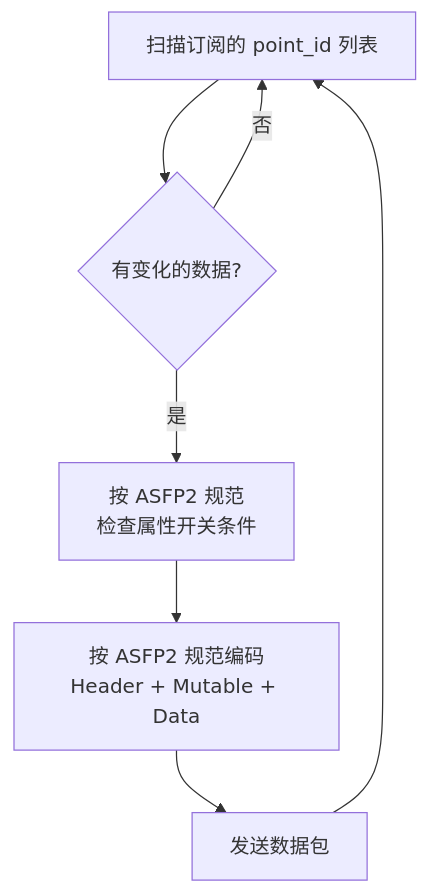
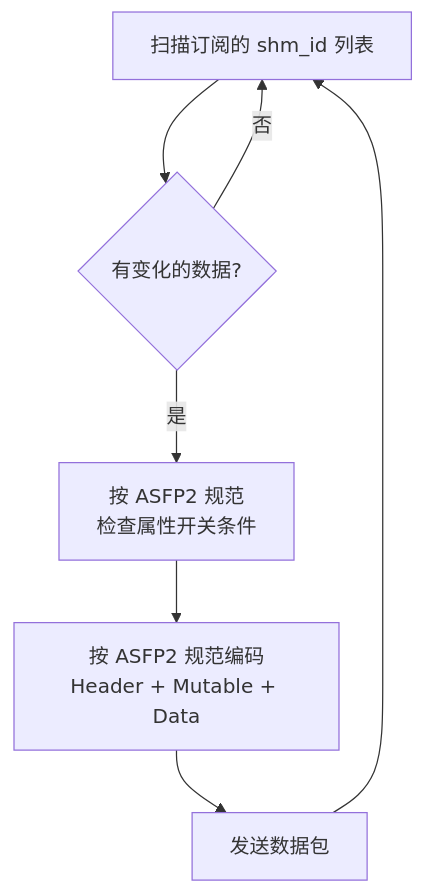
The tenth of 16 diagrams in docs/design/c4_architecture.md (activesys/c4), drawn with Mermaid before and after one commit. The commit also changed other lines of this file and 2 other files, not shown here.

````diff
--- a/docs/design/c4_architecture.md
+++ b/docs/design/c4_architecture.md
@@ -879,9 +879,9 @@
 ```mermaid
 flowchart TD
-    A["扫描订阅的 point_id 列表"] --> B{"有变化的数据?"}
+    A["扫描订阅的 shm_id 列表"] --> B{"有变化的数据?"}
     B -->|"是"| C["按 ASFP2 规范<br/>检查属性开关条件"]
     B -->|"否"| A
     C --> D["按 ASFP2 规范编码<br/>Header + Mutable + Data"]
     D --> E["发送数据包"]
     E --> A
 ```
````
